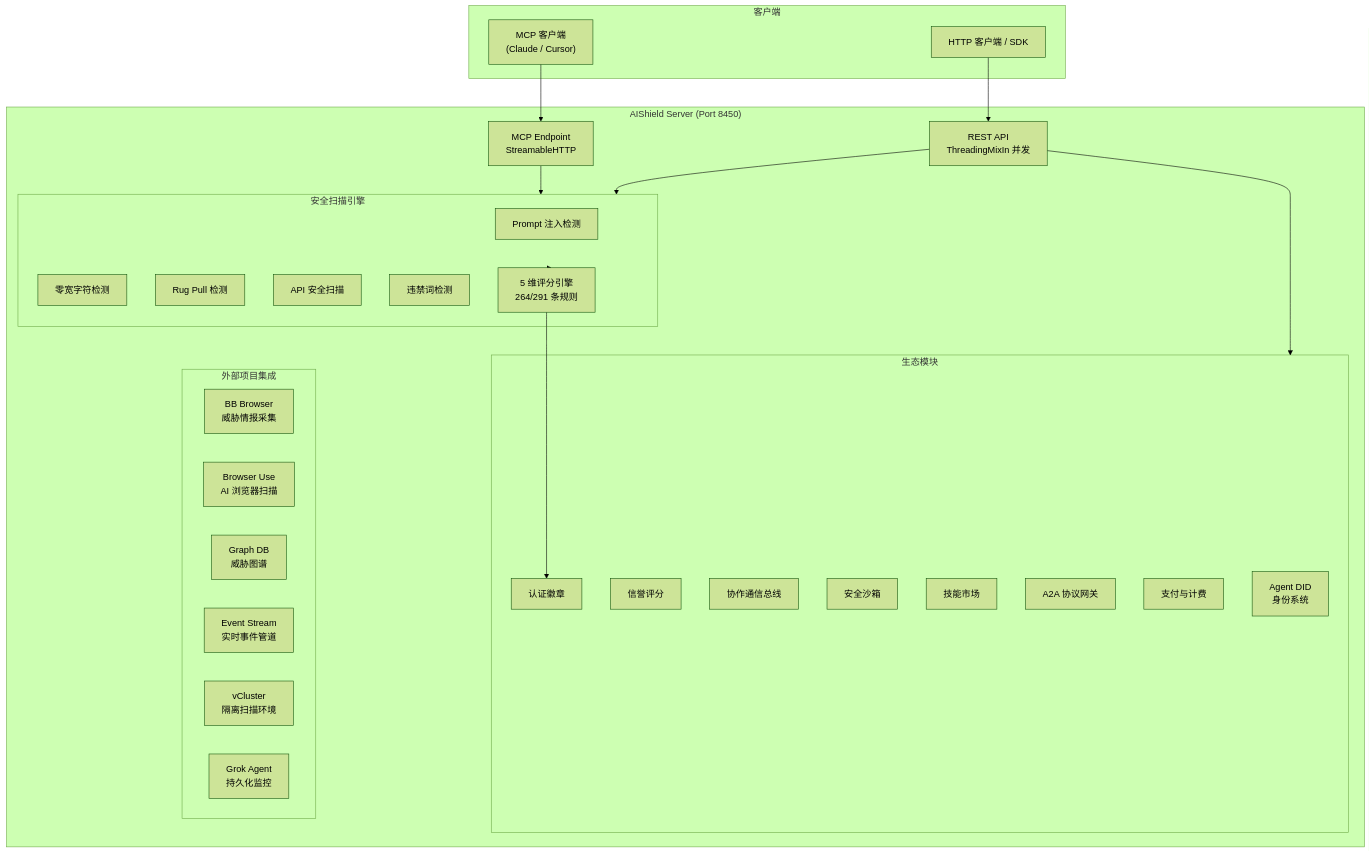
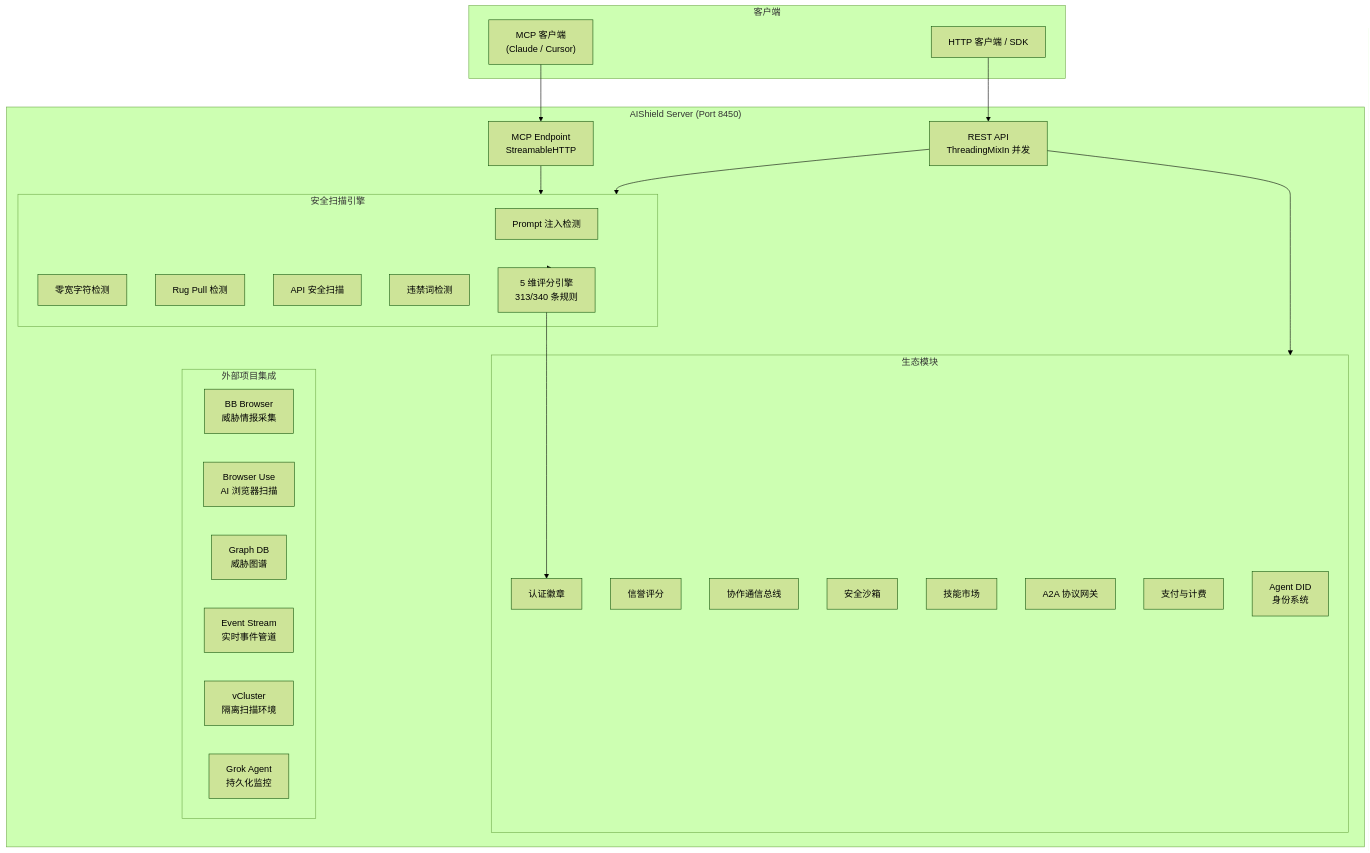
One commit to lm203688/aishield changed the diagram in README.md. Above: the diagram before and after it, drawn with Mermaid (forest theme). The commit also changed other lines of this file, not shown here.

````diff
--- a/README.md
+++ b/README.md
@@ -297,49 +297,49 @@
 ```mermaid
 graph TB
     subgraph Clients["客户端"]
         MCP["MCP 客户端<br/>(Claude / Cursor)"]
         SDK["HTTP 客户端 / SDK"]
     end
 
     subgraph Server["AIShield Server (Port 8450)"]
         API["REST API<br/>ThreadingMixIn 并发"]
         MCPE["MCP Endpoint<br/>StreamableHTTP"]
 
         subgraph Scanner["安全扫描引擎"]
             PE["Prompt 注入检测"]
             MW["零宽字符检测"]
             RP["Rug Pull 检测"]
             AS["API 安全扫描"]
             BW["违禁词检测"]
-            SC["5 维评分引擎<br/>264/291 条规则"]
+            SC["5 维评分引擎<br/>313/340 条规则"]
         end
 
         subgraph Eco["生态模块"]
             ID["Agent DID<br/>身份系统"]
             RP2["信誉评分"]
             CO["协作通信总线"]
             SB["安全沙箱"]
             MK["技能市场"]
             A2A["A2A 协议网关"]
             PAY["支付与计费"]
             BD["认证徽章"]
         end
 
         subgraph Integrations["外部项目集成"]
             BB["BB Browser<br/>威胁情报采集"]
             BU["Browser Use<br/>AI 浏览器扫描"]
             GDB["Graph DB<br/>威胁图谱"]
             ES["Event Stream<br/>实时事件管道"]
             VC["vCluster<br/>隔离扫描环境"]
             GA["Grok Agent<br/>持久化监控"]
         end
     end
 
     MCP --> MCPE
     SDK --> API
     MCPE --> Scanner
     API --> Scanner
     API --> Eco
     Scanner --> SC
     SC --> BD
 ```
````
